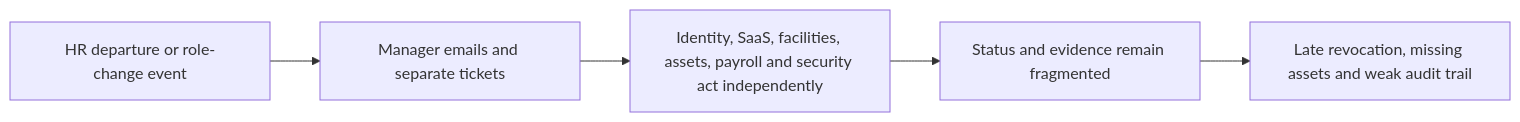
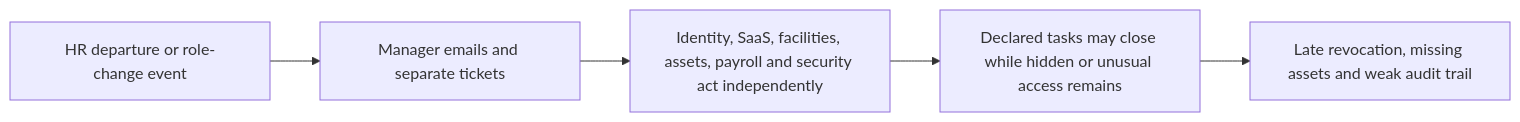
Before and after one commit to wildersa/azure_ref_kit: the first of 2 diagrams in docs/opportunities/segments/cross-industry/CROSS-001-offboarding-control-plane.md, drawn with Mermaid. The commit also changed other lines of this file, not shown here.

````diff
--- a/docs/opportunities/segments/cross-industry/CROSS-001-offboarding-control-plane.md
+++ b/docs/opportunities/segments/cross-industry/CROSS-001-offboarding-control-plane.md
@@ -49,7 +51,7 @@
 ```mermaid
 flowchart LR
   A[HR departure or role-change event] --> B[Manager emails and separate tickets]
   B --> C[Identity, SaaS, facilities, assets, payroll and security act independently]
-  C --> D[Status and evidence remain fragmented]
+  C --> D[Declared tasks may close while hidden or unusual access remains]
   D --> E[Late revocation, missing assets and weak audit trail]
 ```
````
